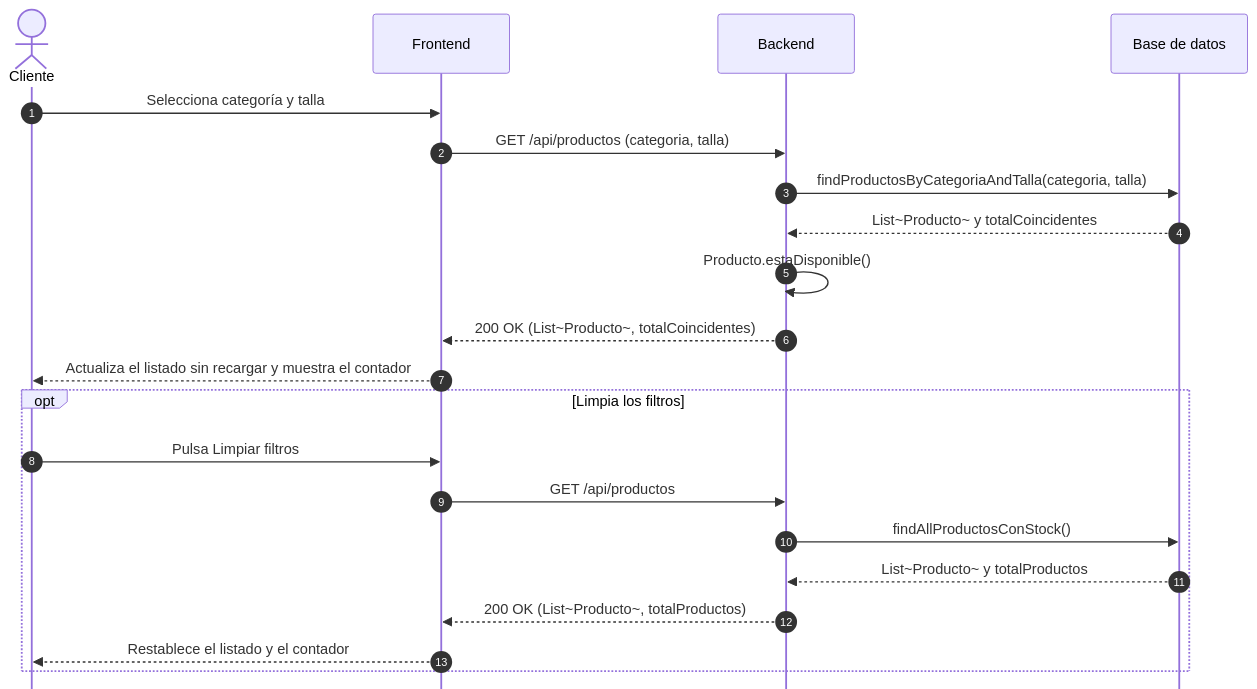
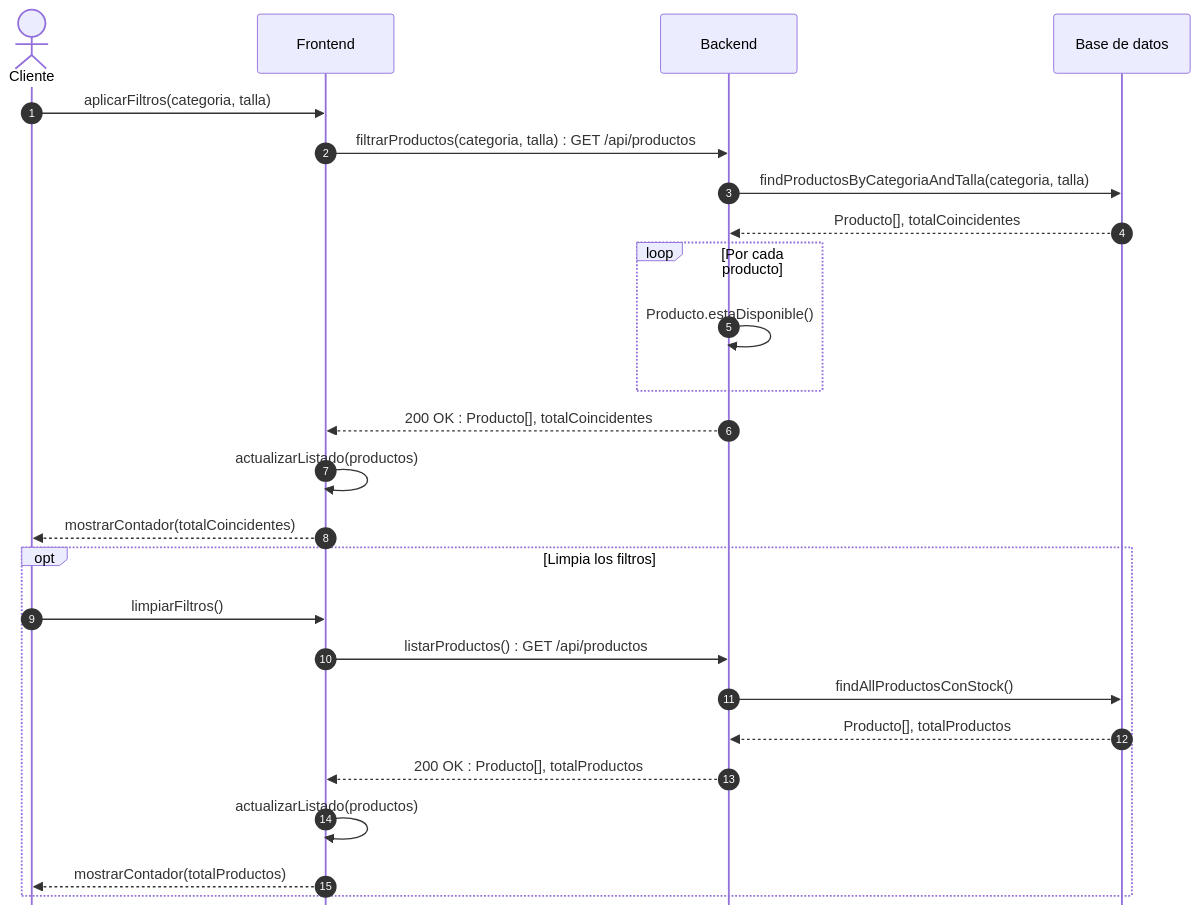
Before and after one commit to ajgarciarias10/PR3GPS: the diagram in Practica3_G11_LaTeX/codigo/sec_us06.mmd, drawn with Mermaid. The commit also changed 22 other files, not shown here.

First line of the commit message:
fix(bloque3): diagramas de secuencia con nombres de métodos en lugar de frases

```diff
--- a/Practica3_G11_LaTeX/codigo/sec_us06.mmd
+++ b/Practica3_G11_LaTeX/codigo/sec_us06.mmd
@@ -1,22 +1,26 @@
 %%{init: {'sequence': {'mirrorActors': false}}}%%
 sequenceDiagram
     autonumber
     actor U as Cliente
     participant FE as Frontend
     participant BE as Backend
     participant DB as Base de datos
-    U->>FE: Selecciona categoría y talla
-    FE->>BE: GET /api/productos (categoria, talla)
+    U->>FE: aplicarFiltros(categoria, talla)
+    FE->>BE: filtrarProductos(categoria, talla) : GET /api/productos
     BE->>DB: findProductosByCategoriaAndTalla(categoria, talla)
-    DB-->>BE: List~Producto~ y totalCoincidentes
-    BE->>BE: Producto.estaDisponible()
-    BE-->>FE: 200 OK (List~Producto~, totalCoincidentes)
-    FE-->>U: Actualiza el listado sin recargar y muestra el contador
+    DB-->>BE: Producto[], totalCoincidentes
+    loop Por cada producto
+        BE->>BE: Producto.estaDisponible()
+    end
+    BE-->>FE: 200 OK : Producto[], totalCoincidentes
+    FE->>FE: actualizarListado(productos)
+    FE-->>U: mostrarContador(totalCoincidentes)
     opt Limpia los filtros
-        U->>FE: Pulsa Limpiar filtros
-        FE->>BE: GET /api/productos
+        U->>FE: limpiarFiltros()
+        FE->>BE: listarProductos() : GET /api/productos
         BE->>DB: findAllProductosConStock()
-        DB-->>BE: List~Producto~ y totalProductos
-        BE-->>FE: 200 OK (List~Producto~, totalProductos)
-        FE-->>U: Restablece el listado y el contador
+        DB-->>BE: Producto[], totalProductos
+        BE-->>FE: 200 OK : Producto[], totalProductos
+        FE->>FE: actualizarListado(productos)
+        FE-->>U: mostrarContador(totalProductos)
     end
```
